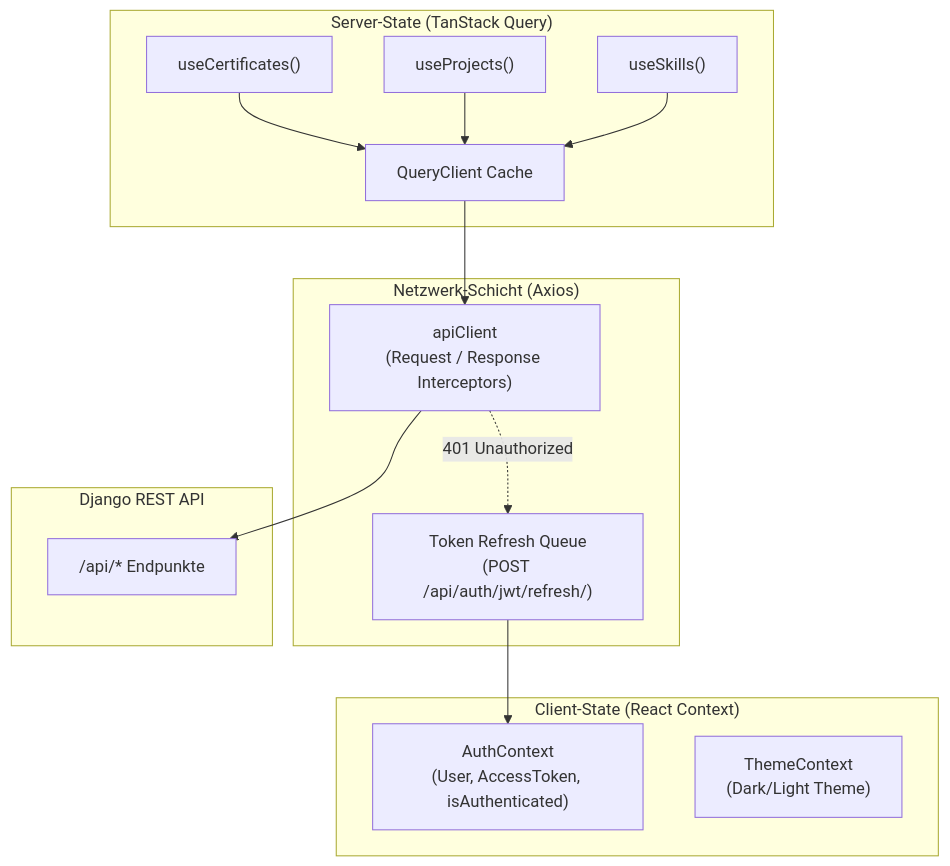
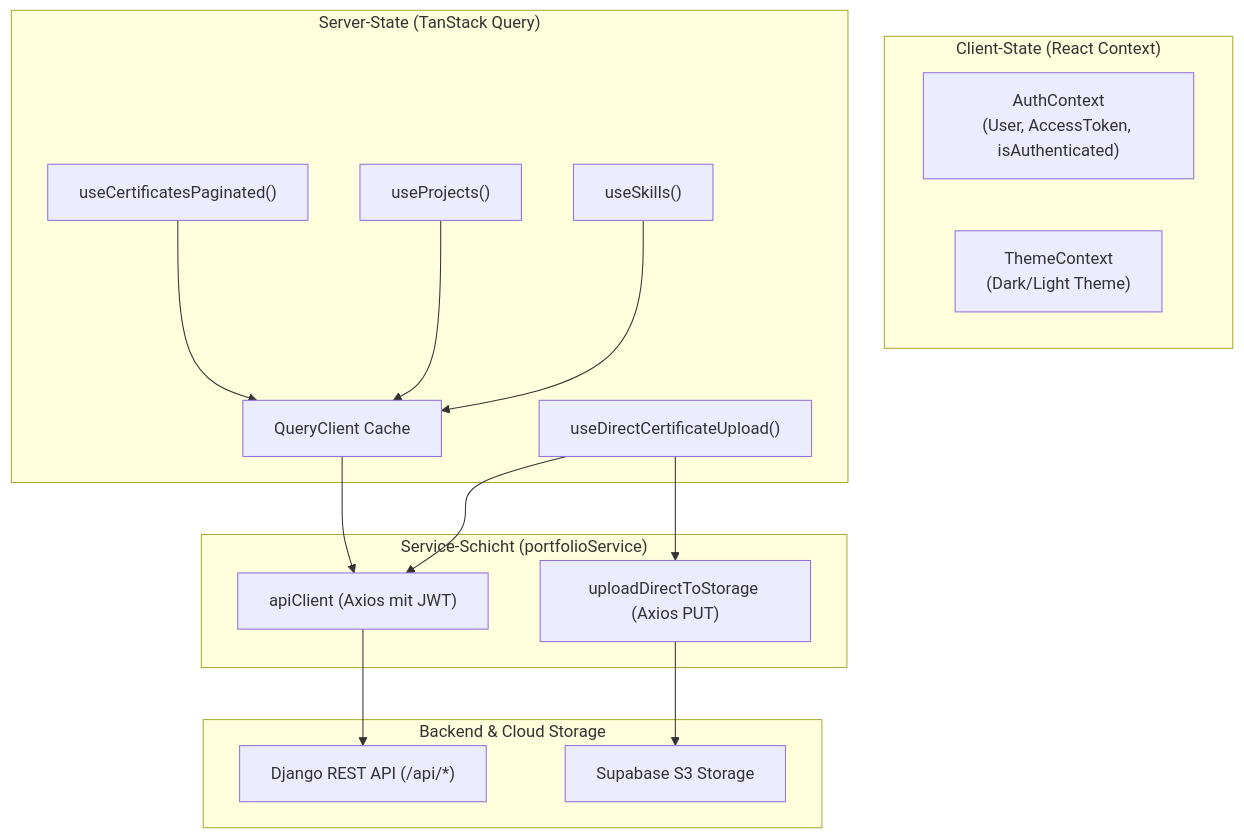
One commit to dfluechter/portfolio_project changed the diagram in docs/frontend.md. Above: the diagram before and after it, drawn with Mermaid. The commit also changed other lines of this file and 50 other files, not shown here.

Commit message:
feat: initialize portfolio project with backend, frontend, documentation, and agent infrastructure

````diff
--- a/docs/frontend.md
+++ b/docs/frontend.md
@@ -59,31 +77,34 @@
 ```mermaid
 flowchart TD
     subgraph ClientState["Client-State (React Context)"]
         AC["AuthContext<br>(User, AccessToken, isAuthenticated)"]
         TC["ThemeContext<br>(Dark/Light Theme)"]
     end
 
     subgraph ServerState["Server-State (TanStack Query)"]
         QC["QueryClient Cache"]
-        HookC["useCertificates()"]
+        HookC["useCertificatesPaginated()"]
         HookP["useProjects()"]
         HookS["useSkills()"]
+        HookD["useDirectCertificateUpload()"]
     end
 
-    subgraph Network["Netzwerk-Schicht (Axios)"]
-        Axios["apiClient<br>(Request / Response Interceptors)"]
-        Refresh["Token Refresh Queue<br>(POST /api/auth/jwt/refresh/)"]
+    subgraph ServiceLayer["Service-Schicht (portfolioService)"]
+        APIClient["apiClient (Axios mit JWT)"]
+        DirectS3["uploadDirectToStorage (Axios PUT)"]
     end
 
-    subgraph Backend["Django REST API"]
-        DRF["/api/* Endpunkte"]
+    subgraph BackendInfrastructure["Backend & Cloud Storage"]
+        DRF["Django REST API (/api/*)"]
+        SupabaseS3["Supabase S3 Storage"]
     end
 
     HookC --> QC
     HookP --> QC
     HookS --> QC
-    QC --> Axios
-    Axios --> DRF
-    Axios -. 401 Unauthorized .-> Refresh
-    Refresh --> AC
+    QC --> APIClient
+    APIClient --> DRF
+    HookD --> APIClient
+    HookD --> DirectS3
+    DirectS3 --> SupabaseS3
 ```
````
